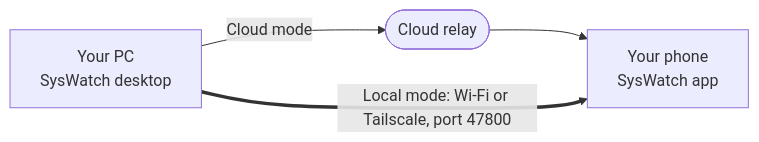
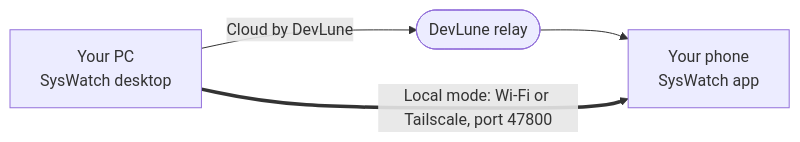
The diagram in README.md (Dev-Lune/SysWatch), drawn with Mermaid before and after one commit. The commit also changed other lines of this file and 17 other files, not shown here.

````diff
--- a/README.md
+++ b/README.md
@@ -86,8 +92,8 @@
 ```mermaid
 flowchart LR
   PC["Your PC<br>SysWatch desktop"]
   Phone["Your phone<br>SysWatch app"]
-  Relay(["Cloud relay"])
-  PC -- "Cloud mode" --> Relay --> Phone
+  Relay(["DevLune relay"])
+  PC -- "Cloud by DevLune" --> Relay --> Phone
   PC == "Local mode: Wi-Fi or Tailscale, port 47800" ==> Phone
 ```
````
